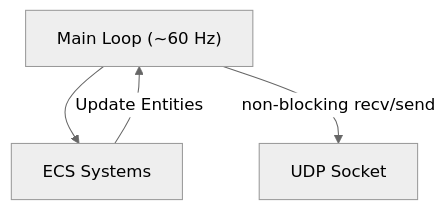
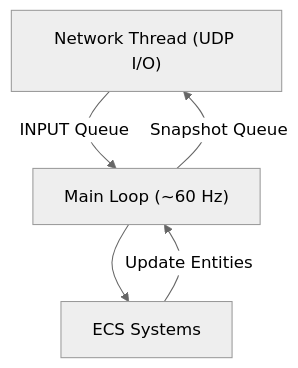
Before and after one commit to raphael-guer1n/R-type-mirror: the second of 2 diagrams in docs/architecture/ARCHITECTURE.md, drawn with Mermaid (neutral theme). The commit also changed other lines of this file and 19 other files, not shown here.

````diff
--- a/docs/architecture/ARCHITECTURE.md
+++ b/docs/architecture/ARCHITECTURE.md
@@ -40,6 +41,7 @@
 ```mermaid
 flowchart TD
-  MainLoop["Main Loop (~60 Hz)"] --> ECS["ECS Systems"]
+  NetThread["Network Thread (UDP I/O)"] -->|"INPUT Queue"| MainLoop["Main Loop (~60 Hz)"]
+  MainLoop --> ECS["ECS Systems"]
   ECS -->|"Update Entities"| MainLoop
-  MainLoop -->|"non-blocking recv/send"| Net["UDP Socket"]
+  MainLoop -->|"Snapshot Queue"| NetThread
 ```
````
